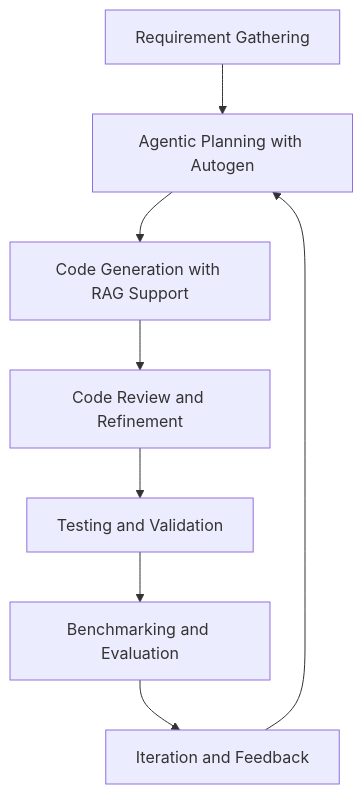
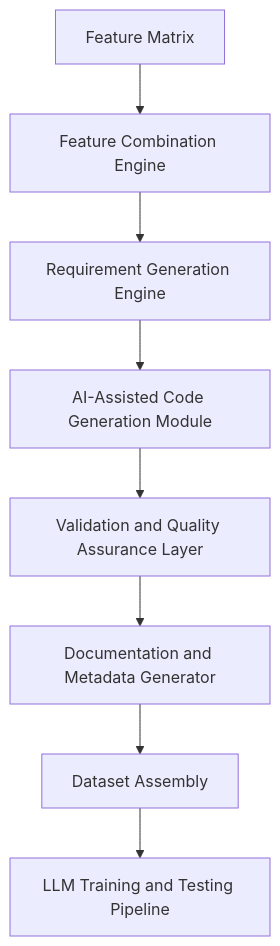
The diagram in architecture.md (sentientsergio/COBOLGen), drawn with Mermaid before and after one commit. The commit also changed other lines of this file, not shown here.

Commit message:
Updated architecture

````diff
--- a/architecture.md
+++ b/architecture.md
@@ -92,10 +94,10 @@
 ```mermaid
-graph TB;
-    A[Requirement Gathering] --> B[Agentic Planning with Autogen];
-    B --> C[Code Generation with RAG Support];
-    C --> D[Code Review and Refinement];
-    D --> E[Testing and Validation];
-    E --> F[Benchmarking and Evaluation];
-    F --> G[Iteration and Feedback];
-    G --> B;
+flowchart TD
+    A[Feature Matrix] --> B[Feature Combination Engine]
+    B --> C[Requirement Generation Engine]
+    C --> D[AI-Assisted Code Generation Module]
+    D --> E[Validation and Quality Assurance Layer]
+    E --> F[Documentation and Metadata Generator]
+    F --> G[Dataset Assembly]
+    G --> H[LLM Training and Testing Pipeline]
 ```
````
